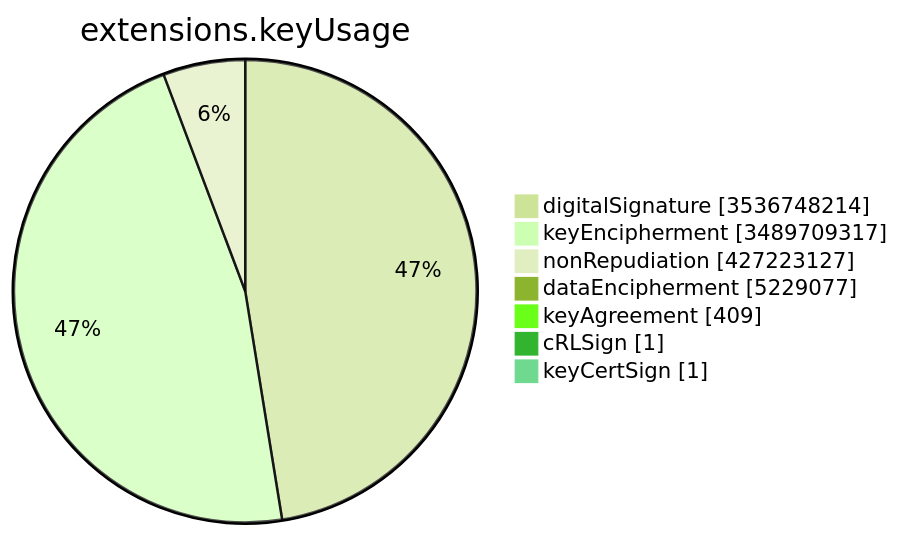
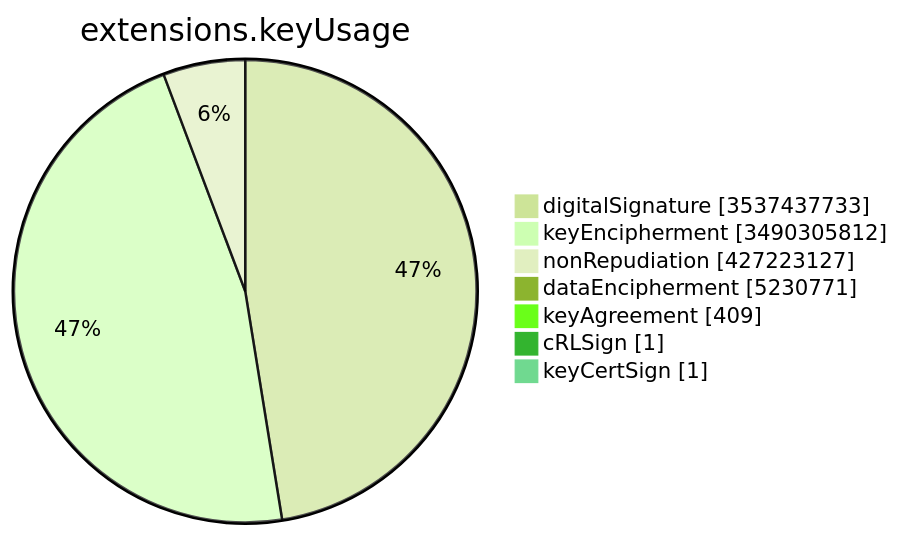
One commit to christiankrug/ctmonitor_visualization changed the sixth of 15 diagrams in TOTAL/README.md. Above: the diagram before and after it, drawn with Mermaid (forest theme). The commit also changed other lines of this file, not shown here.

````diff
--- a/TOTAL/README.md
+++ b/TOTAL/README.md
@@ -3083,11 +3083,11 @@
 ```mermaid
 pie showData
 title extensions.keyUsage
-"digitalSignature" :3536748214
-"keyEncipherment" :3489709317
+"digitalSignature" :3537437733
+"keyEncipherment" :3490305812
 "nonRepudiation" :427223127
-"dataEncipherment" :5229077
+"dataEncipherment" :5230771
 "keyAgreement" :409
 "cRLSign" :1
 "keyCertSign" :1
 ```
````
